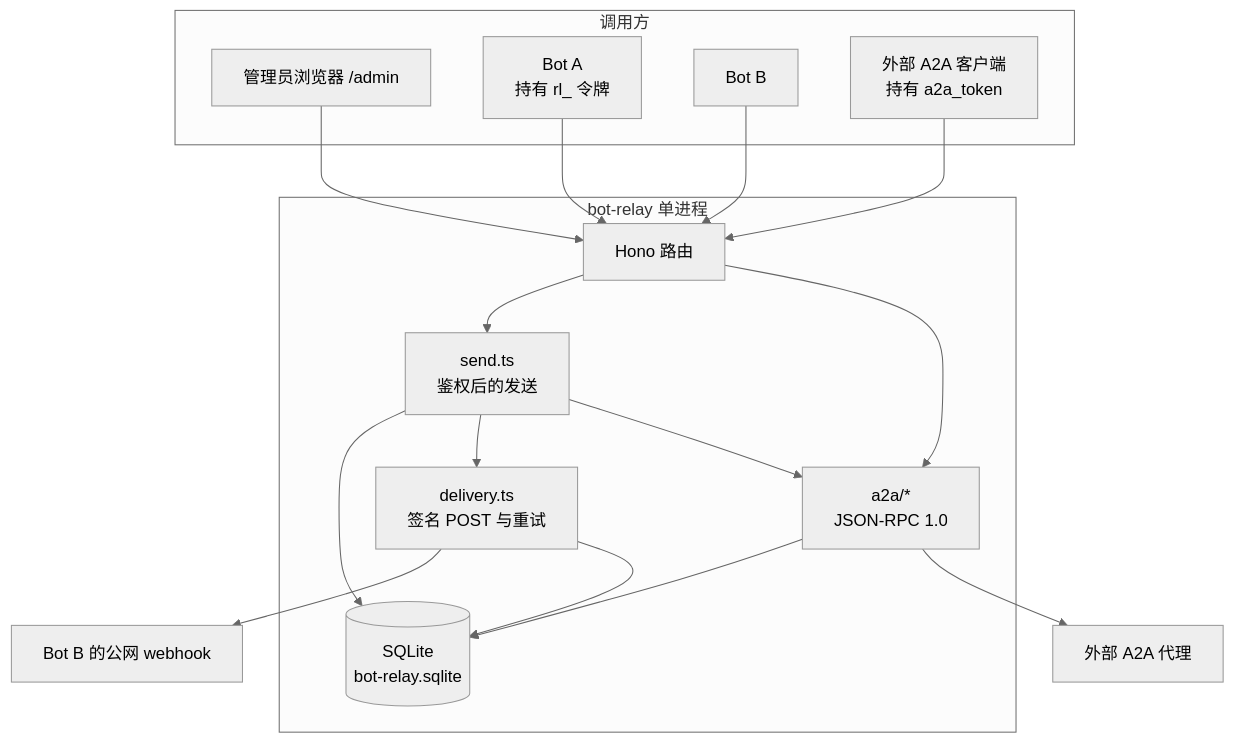
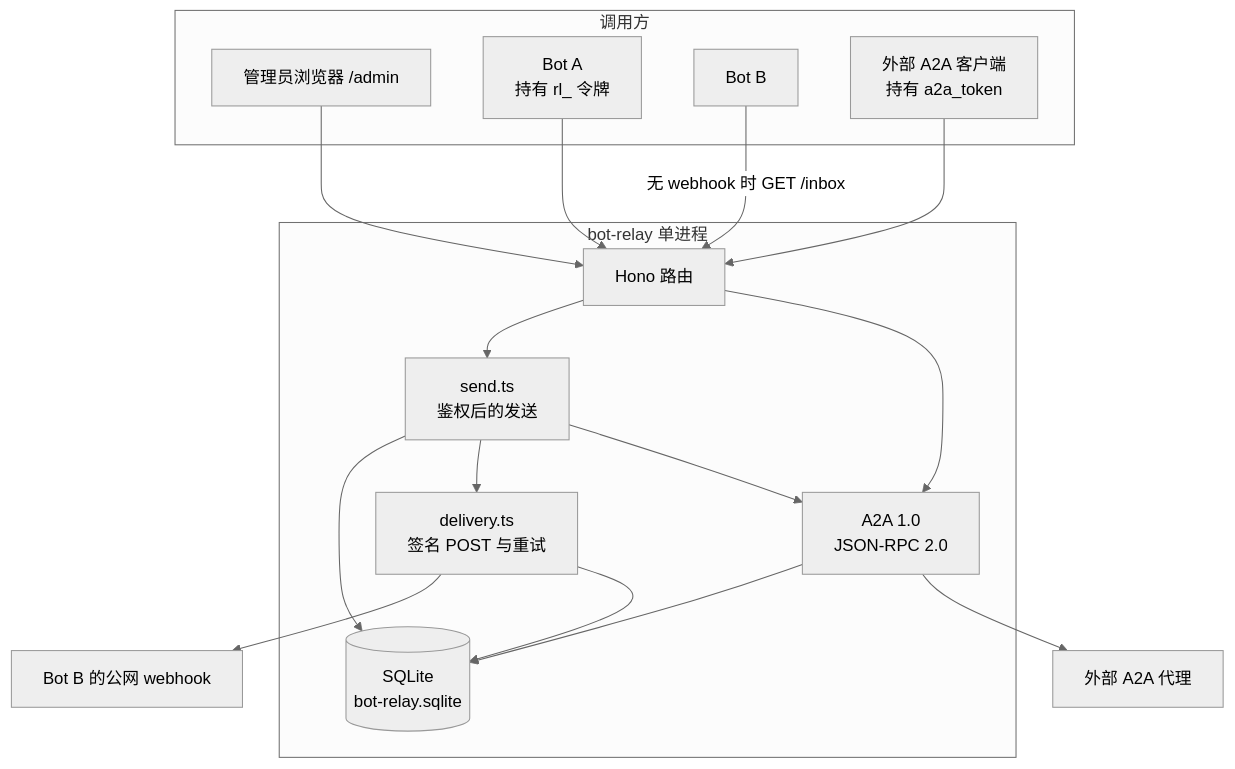
One commit to northernsong/bot-relay changed the first of 6 diagrams in docs/ARCHITECTURE_AND_USAGE.md. Above: the diagram before and after it, drawn with Mermaid (neutral theme). The commit also changed other lines of this file and 2 other files, not shown here.

First line of the commit message:
Correct the operator guide against the relay source.

````diff
--- a/docs/ARCHITECTURE_AND_USAGE.md
+++ b/docs/ARCHITECTURE_AND_USAGE.md
@@ -159,34 +133,34 @@
 ```mermaid
 flowchart TB
   subgraph callers [调用方]
     AdminBrowser["管理员浏览器 /admin"]
     BotA["Bot A<br/>持有 rl_ 令牌"]
     BotB["Bot B"]
     ExtClient["外部 A2A 客户端<br/>持有 a2a_token"]
   end
 
-  subgraph process [bot-relay 单进程]
+  subgraph process["bot-relay 单进程"]
     HTTP["Hono 路由"]
     Send["send.ts<br/>鉴权后的发送"]
     Webhook["delivery.ts<br/>签名 POST 与重试"]
-    A2A["a2a/*<br/>JSON-RPC 1.0"]
+    A2A["A2A 1.0<br/>JSON-RPC 2.0"]
     DB[("SQLite<br/>bot-relay.sqlite")]
   end
 
   HookB["Bot B 的公网 webhook"]
   Remote["外部 A2A 代理"]
 
   AdminBrowser --> HTTP
   BotA --> HTTP
-  BotB --> HTTP
+  BotB -->|"无 webhook 时 GET /inbox"| HTTP
   ExtClient --> HTTP
   HTTP --> Send
   HTTP --> A2A
   Send --> DB
   A2A --> DB
   Send --> Webhook
   Send --> A2A
   Webhook --> HookB
   Webhook --> DB
   A2A --> Remote
 ```
````
